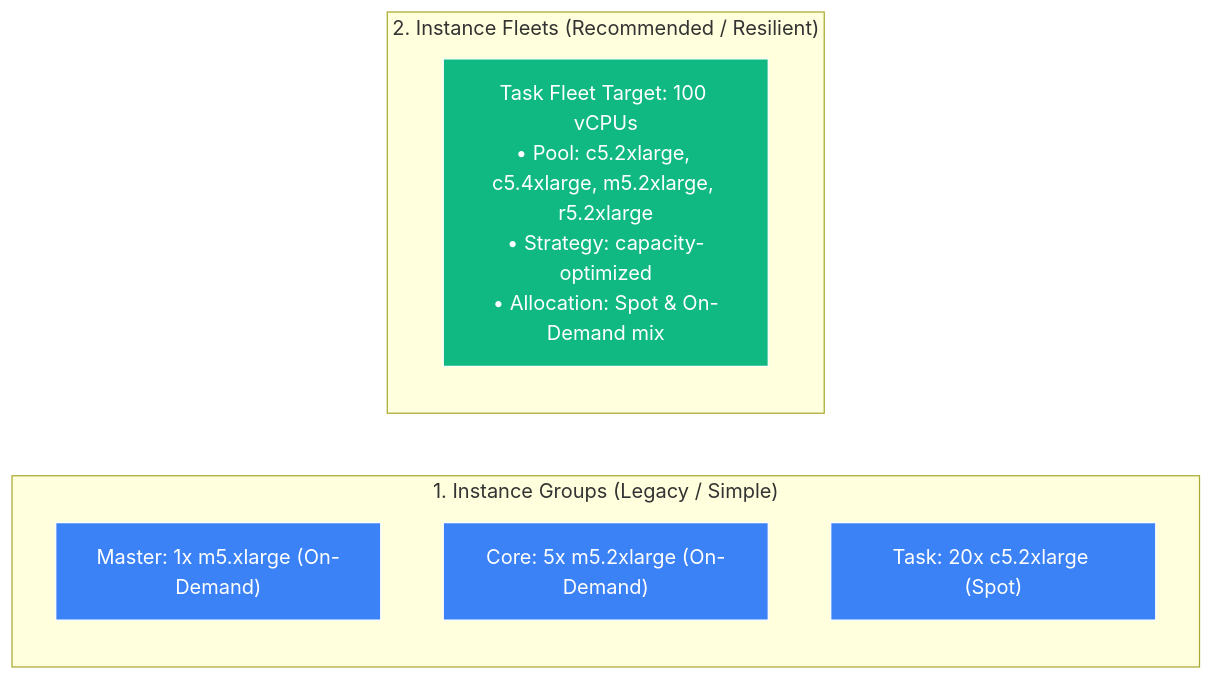
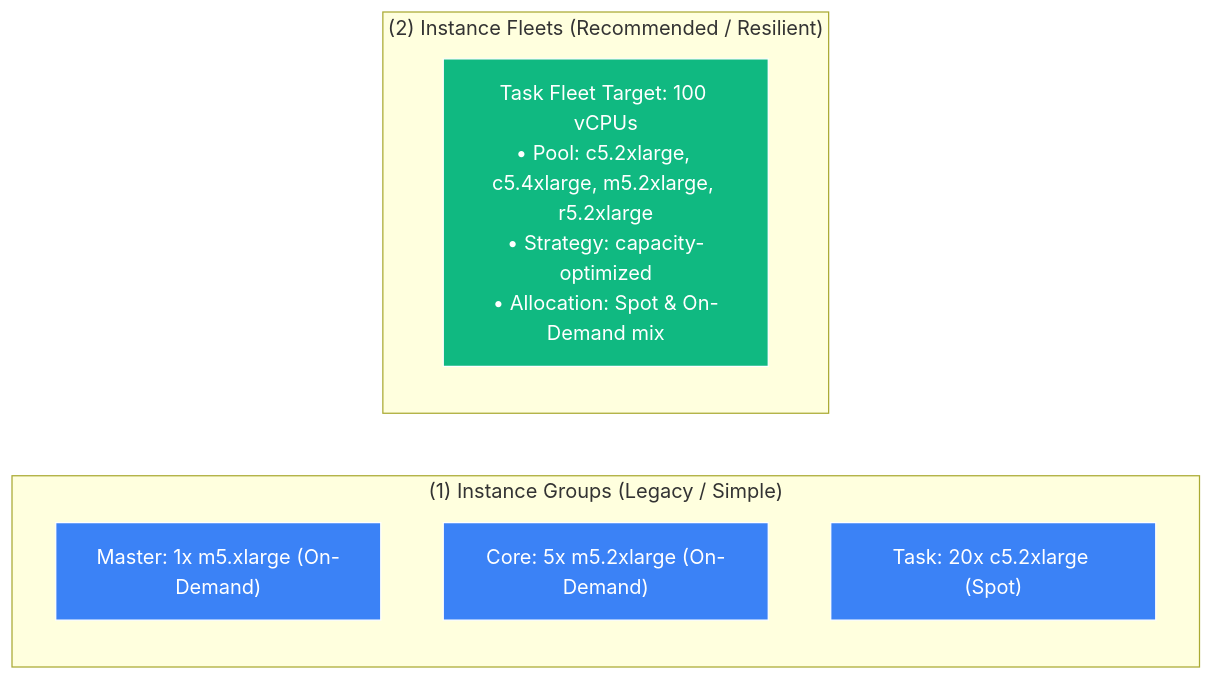
The second of 3 diagrams in content/en/02-services/analytics-streaming/emr/emr-cluster-architecture.md (Wathon/aws-dea-c01-note), drawn with Mermaid before and after one commit. The commit also changed 49 other files, not shown here.

Commit message:
Fix 'Unsupported markdown: list' Mermaid rendering issues across all English and Burmese notes

````diff
--- a/content/en/02-services/analytics-streaming/emr/emr-cluster-architecture.md
+++ b/content/en/02-services/analytics-streaming/emr/emr-cluster-architecture.md
@@ -105,18 +105,18 @@
 ```mermaid
 graph LR
-    subgraph InstanceGroups["1. Instance Groups (Legacy / Simple)"]
+    subgraph InstanceGroups["(1) Instance Groups (Legacy / Simple)"]
         IG_Master["Master: 1x m5.xlarge (On-Demand)"]
         IG_Core["Core: 5x m5.2xlarge (On-Demand)"]
         IG_Task["Task: 20x c5.2xlarge (Spot)"]
     end
 
-    subgraph InstanceFleets["2. Instance Fleets (Recommended / Resilient)"]
+    subgraph InstanceFleets["(2) Instance Fleets (Recommended / Resilient)"]
         IF_Task["Task Fleet Target: 100 vCPUs<br>• Pool: c5.2xlarge, c5.4xlarge, m5.2xlarge, r5.2xlarge<br>• Strategy: capacity-optimized<br>• Allocation: Spot & On-Demand mix"]
     end
 
     classDef ig fill:#3b82f6,stroke:#fff,stroke-width:1px,color:#fff;
     classDef ifle fill:#10b981,stroke:#fff,stroke-width:1px,color:#fff;
 
     class IG_Master,IG_Core,IG_Task ig;
     class IF_Task ifle;
 ```
````
